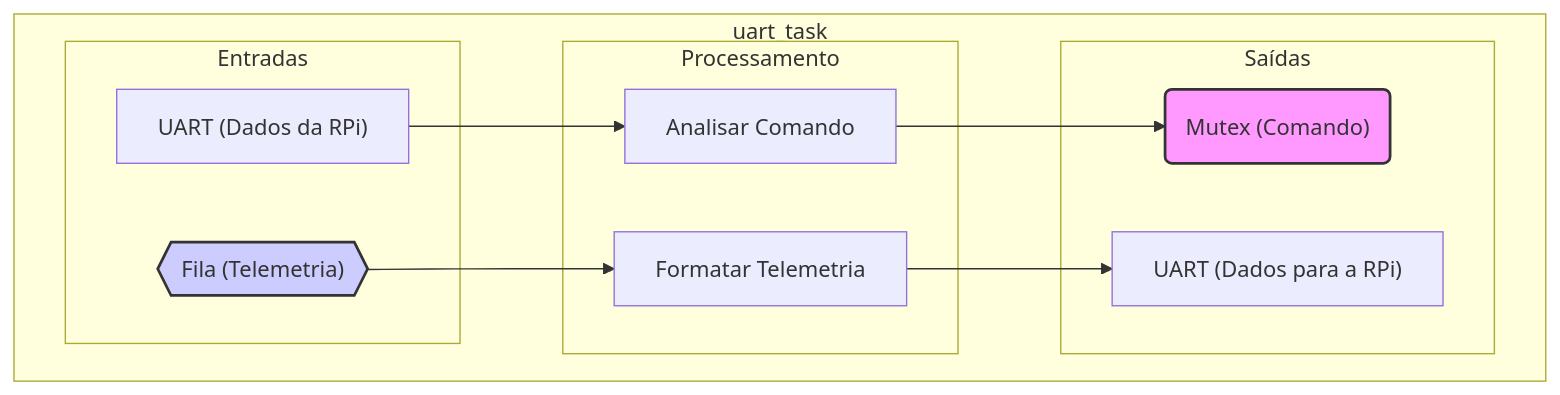
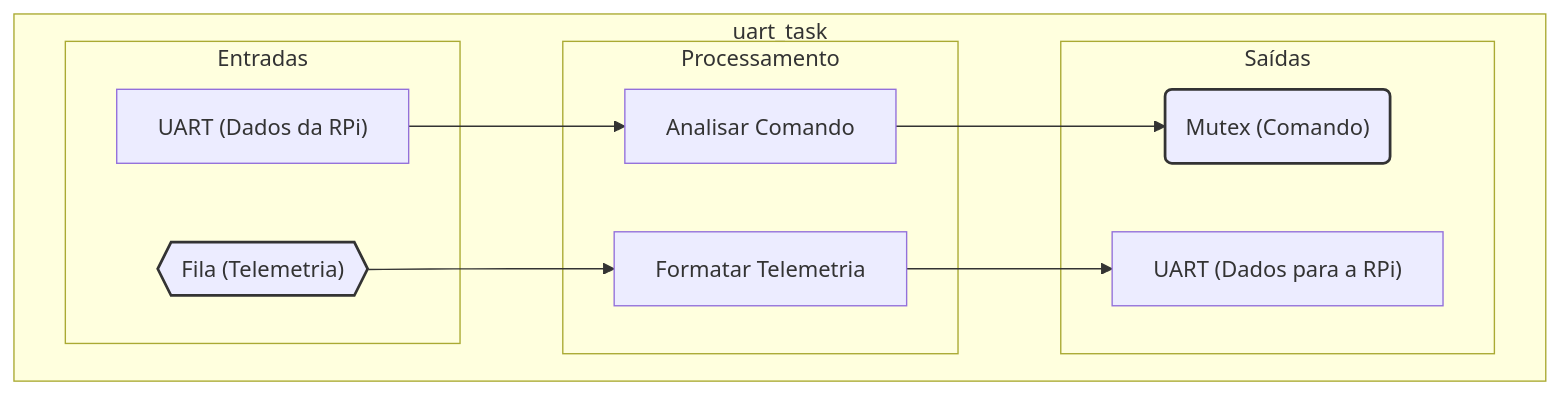
Before and after one commit to Nyfeu/Tatu-Bomba: the third of 3 diagrams in esp32_firmware/README.md, drawn with Mermaid. The commit also changed other lines of this file, not shown here.

````diff
--- a/esp32_firmware/README.md
+++ b/esp32_firmware/README.md
@@ -83,28 +83,28 @@
 ```mermaid
 graph TD
     subgraph "uart_task"
         direction LR
         
         subgraph "Entradas"
             In_UART["UART (Dados da RPi)"]
             In_Queue{{"Fila (Telemetria)"}}
         end
 
         subgraph "Processamento"
             Parse["Analisar Comando"]
             Format["Formatar Telemetria"]
         end
         
         subgraph "Saídas"
             Out_Mutex("Mutex (Comando)")
             Out_UART["UART (Dados para a RPi)"]
         end
         
         In_UART --> Parse --> Out_Mutex
         In_Queue --> Format --> Out_UART
     end
     
-    style In_Queue fill:#ccf,stroke:#333,stroke-width:2px
-    style Out_Mutex fill:#f9f,stroke:#333,stroke-width:2px
+    style In_Queue stroke:#333,stroke-width:2px
+    style Out_Mutex stroke:#333,stroke-width:2px
     
 ```
````
